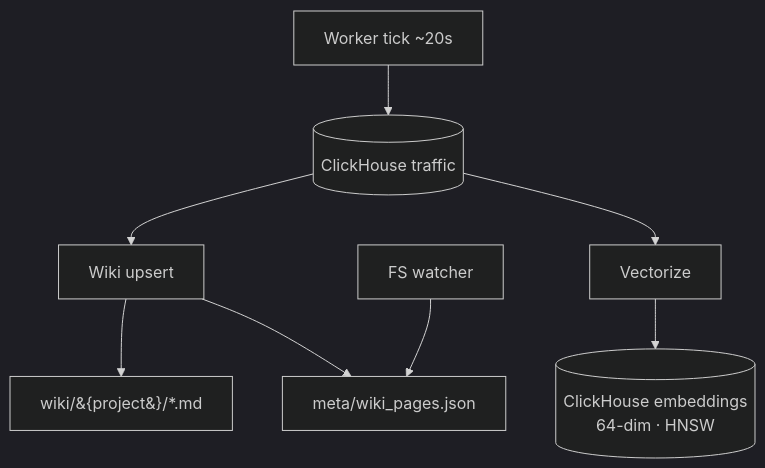
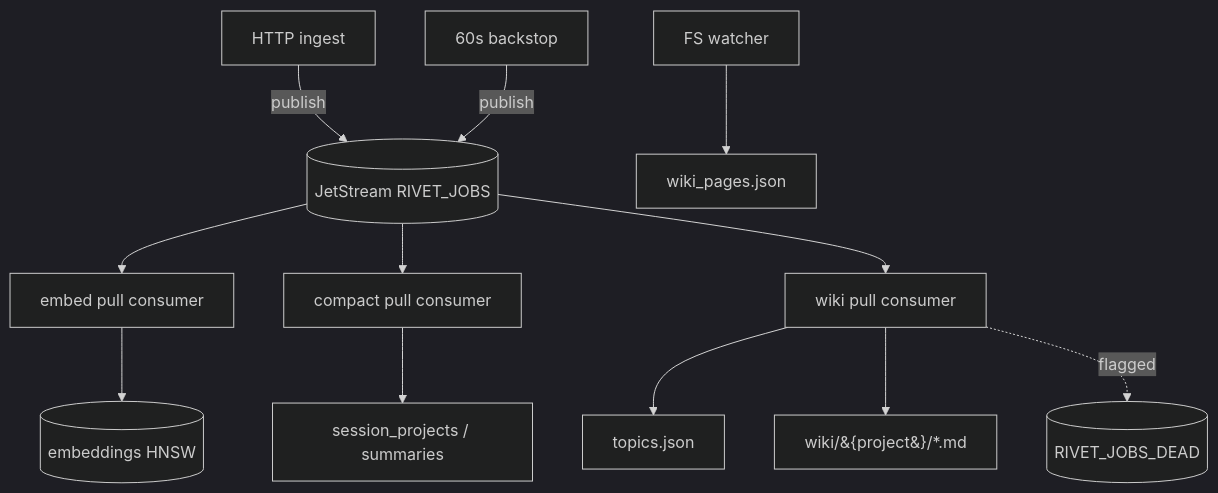
Before and after one commit to Rivethub/ExperimentOne: the ninth of 13 diagrams in docs/architecture.md, drawn with Mermaid (dark theme). The commit also changed other lines of this file and 82 other files, not shown here.

Commit message:
feat(runtime): Move jobs to NATS and close RivetHub wiki gaps (#45)

````diff
--- a/docs/architecture.md
+++ b/docs/architecture.md
@@ -248,10 +252,14 @@
 ```mermaid
 flowchart TB
-  Tick[Worker tick ~20s] --> CH[(ClickHouse traffic)]
-  CH --> WikiJob[Wiki upsert]
-  CH --> VecJob[Vectorize]
-  WikiJob --> WikiFS[wiki/&#123;project&#125;/*.md]
-  WikiJob --> MetaW[meta/wiki_pages.json]
-  VecJob --> Emb[(ClickHouse embeddings<br/>64-dim · HNSW)]
-  FS[FS watcher] --> MetaW
+  Ingest[HTTP ingest] -->|publish| NATS[(JetStream RIVET_JOBS)]
+  Backstop[60s backstop] -->|publish| NATS
+  NATS --> EmbedLoop[embed pull consumer]
+  NATS --> CompactLoop[compact pull consumer]
+  NATS --> WikiLoop[wiki pull consumer]
+  EmbedLoop --> Emb[(embeddings HNSW)]
+  CompactLoop --> MetaS[session_projects / summaries]
+  WikiLoop --> MetaT[topics.json]
+  WikiLoop --> WikiFS[wiki/&#123;project&#125;/*.md]
+  WikiLoop -.->|flagged| Dead[(RIVET_JOBS_DEAD)]
+  FS[FS watcher] --> MetaW[wiki_pages.json]
 ```
````
